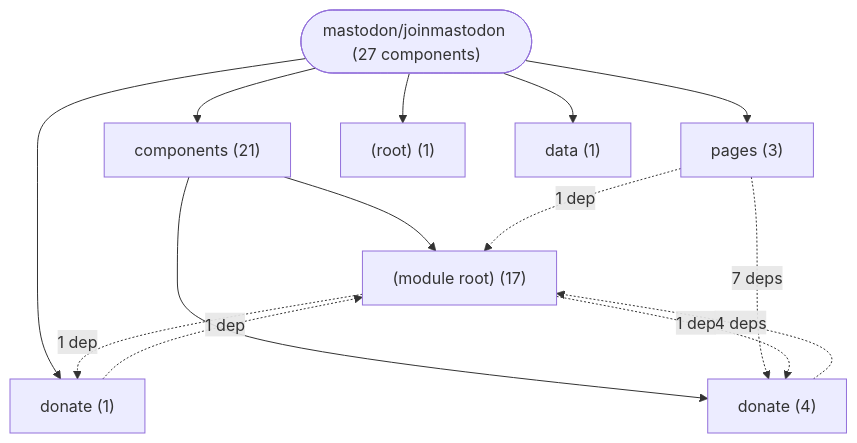
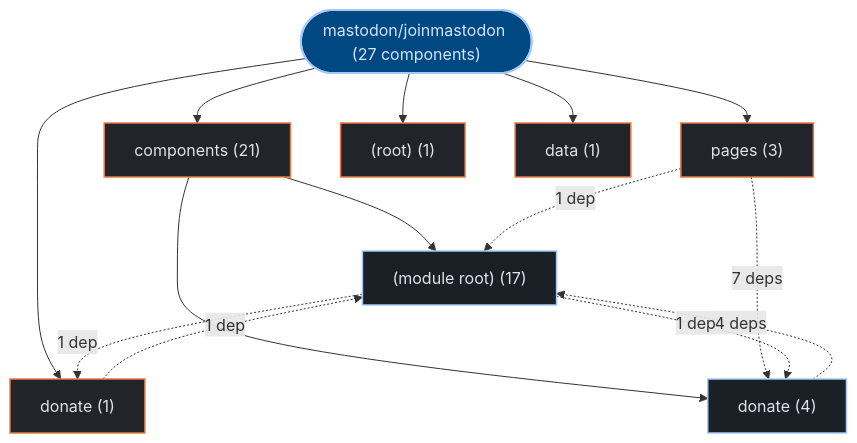
The first of 3 diagrams in exports/latest/reports/mastodon-joinmastodon-report.md (kumarshaz/atruss-code-atlas), drawn with Mermaid before and after one commit. The commit also changed other lines of this file and 331 other files, not shown here.

Commit message:
docs,ui,fix: update SDLC docs, reorder CI/CD DAG first, stylize Mermaid, and fix Arc42 pipeline topology

````diff
--- a/exports/latest/reports/mastodon-joinmastodon-report.md
+++ b/exports/latest/reports/mastodon-joinmastodon-report.md
@@ -41,24 +41,31 @@
 ```mermaid
 graph TD;
-    repo_root(["mastodon/joinmastodon (27 components)"])
-    dir_0_components["components (21)"]
+  classDef atlasRoot fill:#004882,stroke:#a3c9ff,stroke-width:2px,color:#d3e4ff
+  classDef atlasCategory fill:#212428,stroke:#E87A48,stroke-width:1.5px,color:#dfe3eb
+  classDef atlasWorkflow fill:#1b2026,stroke:#a3c9ff,stroke-width:1.5px,color:#dfe3eb
+  classDef atlasJob fill:#171c22,stroke:#8d9199,stroke-width:1px,color:#dfe3eb
+  classDef atlasTarget fill:#005227,stroke:#8bd99b,stroke-width:1.5px,color:#a7f6b6
+  classDef atlasAlert fill:#93000a,stroke:#ffb4ab,stroke-width:1.5px,color:#ffdad6
+  classDef atlasMore fill:#252a31,stroke:#8d9199,stroke-dasharray:4 4,color:#c3c6cf
+    repo_root(["mastodon/joinmastodon (27 components)"]):::atlasRoot
+    dir_0_components["components (21)"]:::atlasCategory
     repo_root --> dir_0_components
-    sub_0_0__module_root_["(module root) (17)"]
+    sub_0_0__module_root_["(module root) (17)"]:::atlasWorkflow
     dir_0_components --> sub_0_0__module_root_
-    sub_0_1_donate["donate (4)"]
+    sub_0_1_donate["donate (4)"]:::atlasWorkflow
     dir_0_components --> sub_0_1_donate
-    dir_1_pages["pages (3)"]
+    dir_1_pages["pages (3)"]:::atlasCategory
     repo_root --> dir_1_pages
-    dir_2__root_["(root) (1)"]
+    dir_2__root_["(root) (1)"]:::atlasCategory
     repo_root --> dir_2__root_
-    dir_3_data["data (1)"]
+    dir_3_data["data (1)"]:::atlasCategory
     repo_root --> dir_3_data
-    dir_4_donate["donate (1)"]
+    dir_4_donate["donate (1)"]:::atlasCategory
     repo_root --> dir_4_donate
     dir_1_pages -.->|"7 deps"| sub_0_1_donate
     sub_0_1_donate -.->|"4 deps"| sub_0_0__module_root_
     dir_1_pages -.->|"1 dep"| sub_0_0__module_root_
     dir_4_donate -.->|"1 dep"| sub_0_0__module_root_
     sub_0_0__module_root_ -.->|"1 dep"| dir_4_donate
     sub_0_0__module_root_ -.->|"1 dep"| sub_0_1_donate
 ```
````
